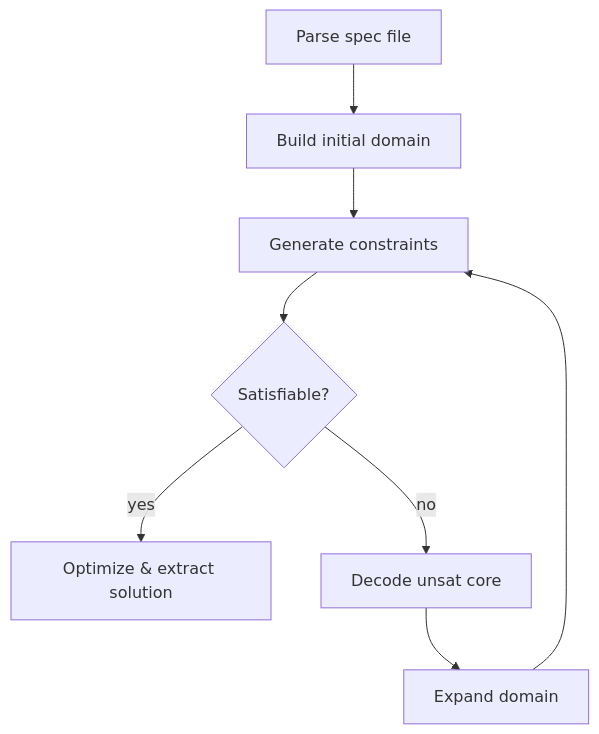
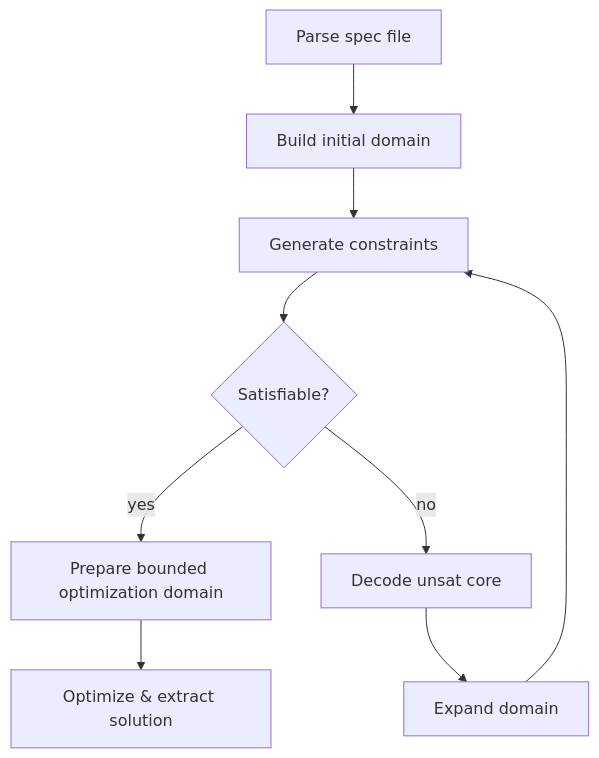
The diagram in docs/explanation/bundle-builder-x-algorithm.rst (canonical/charm-integration-testing), drawn with Mermaid before and after one commit. The commit also changed other lines of this file, not shown here.

First line of the commit message:
docs: explain bounded bundle expansion

```diff
--- a/docs/explanation/bundle-builder-x-algorithm.rst
+++ b/docs/explanation/bundle-builder-x-algorithm.rst
@@ -56,10 +57,11 @@
 .. mermaid::
 
    flowchart TD
        A[Parse spec file] --> B[Build initial domain]
        B --> C[Generate constraints]
        C --> D{Satisfiable?}
-       D -- yes --> E[Optimize & extract solution]
+       D -- yes --> E[Prepare bounded optimization domain]
+       E --> H[Optimize & extract solution]
        D -- no --> F[Decode unsat core]
        F --> G[Expand domain]
        G --> C
```
